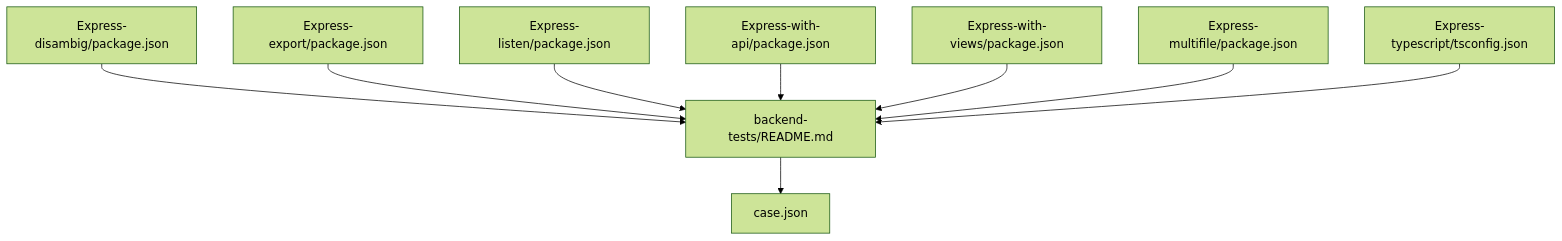
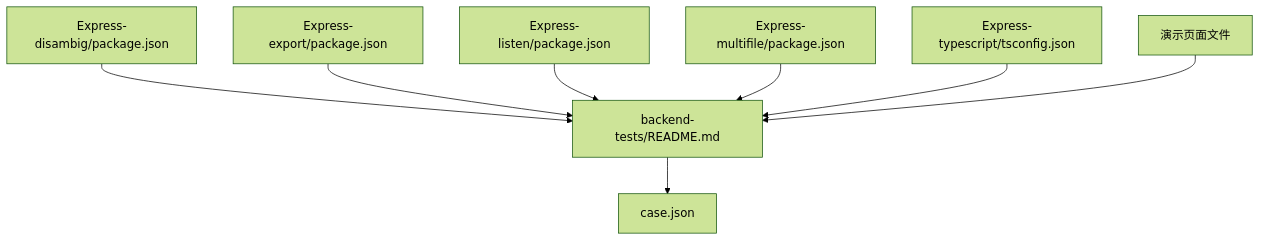
The ninth of 9 diagrams in .qoder/repowiki/zh/content/后端框架测试/Express框架测试.md (esa-sp/test-for-aone-ci), drawn with Mermaid (forest theme) before and after one commit. The commit also changed other lines of this file and 58 other files, not shown here.

````diff
--- a/.qoder/repowiki/zh/content/后端框架测试/Express框架测试.md
+++ b/.qoder/repowiki/zh/content/后端框架测试/Express框架测试.md
@@ -441,20 +403,18 @@
 ```mermaid
 graph TB
 P1["Express-disambig/package.json"]
 P2["Express-export/package.json"]
 P3["Express-listen/package.json"]
-P4["Express-with-api/package.json"]
-P5["Express-with-views/package.json"]
-P6["Express-multifile/package.json"]
-P7["Express-typescript/tsconfig.json"]
+P4["Express-multifile/package.json"]
+P5["Express-typescript/tsconfig.json"]
+DP["演示页面文件"]
 R["backend-tests/README.md"]
 C["case.json"]
 P1 --> R
 P2 --> R
 P3 --> R
 P4 --> R
 P5 --> R
-P6 --> R
-P7 --> R
+DP --> R
 R --> C
 ```
````
